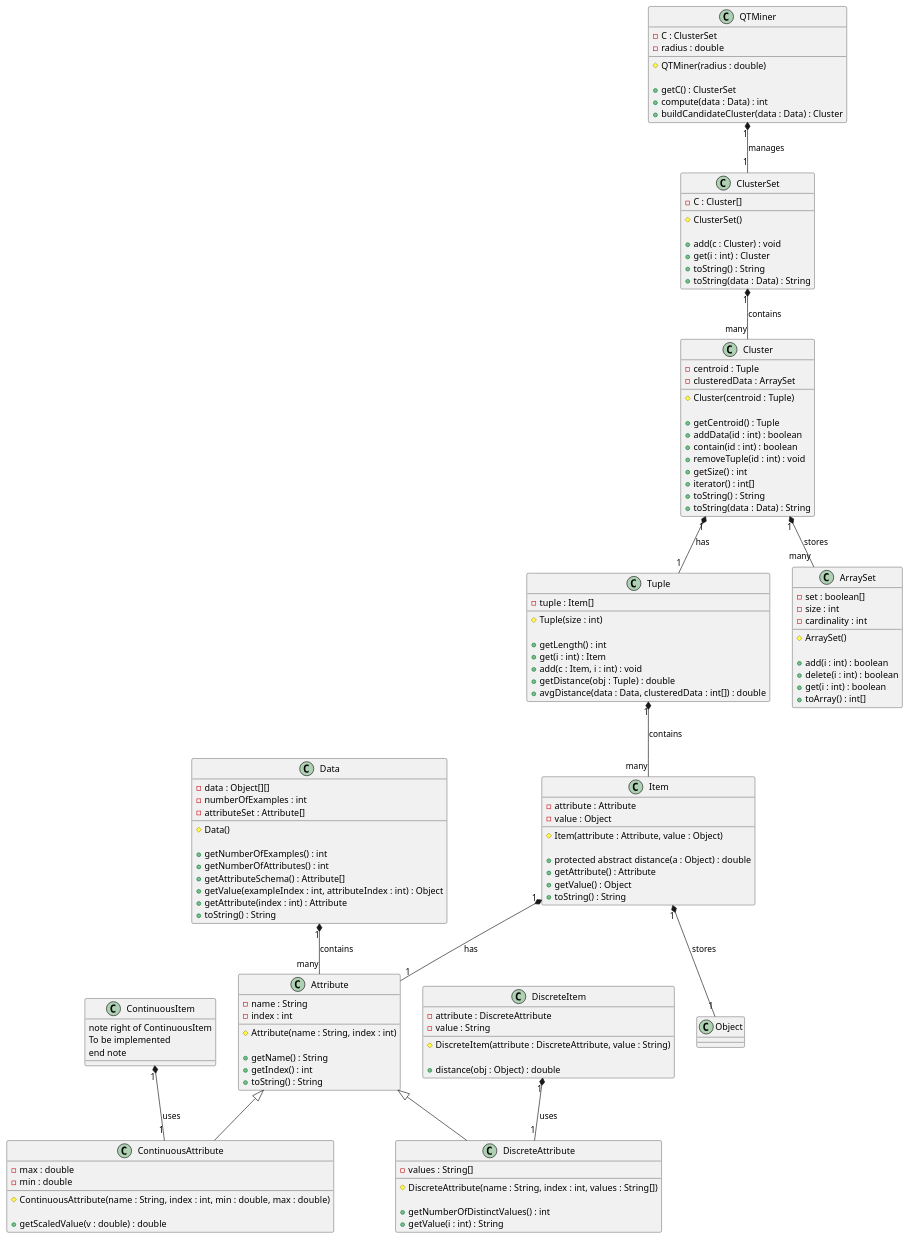
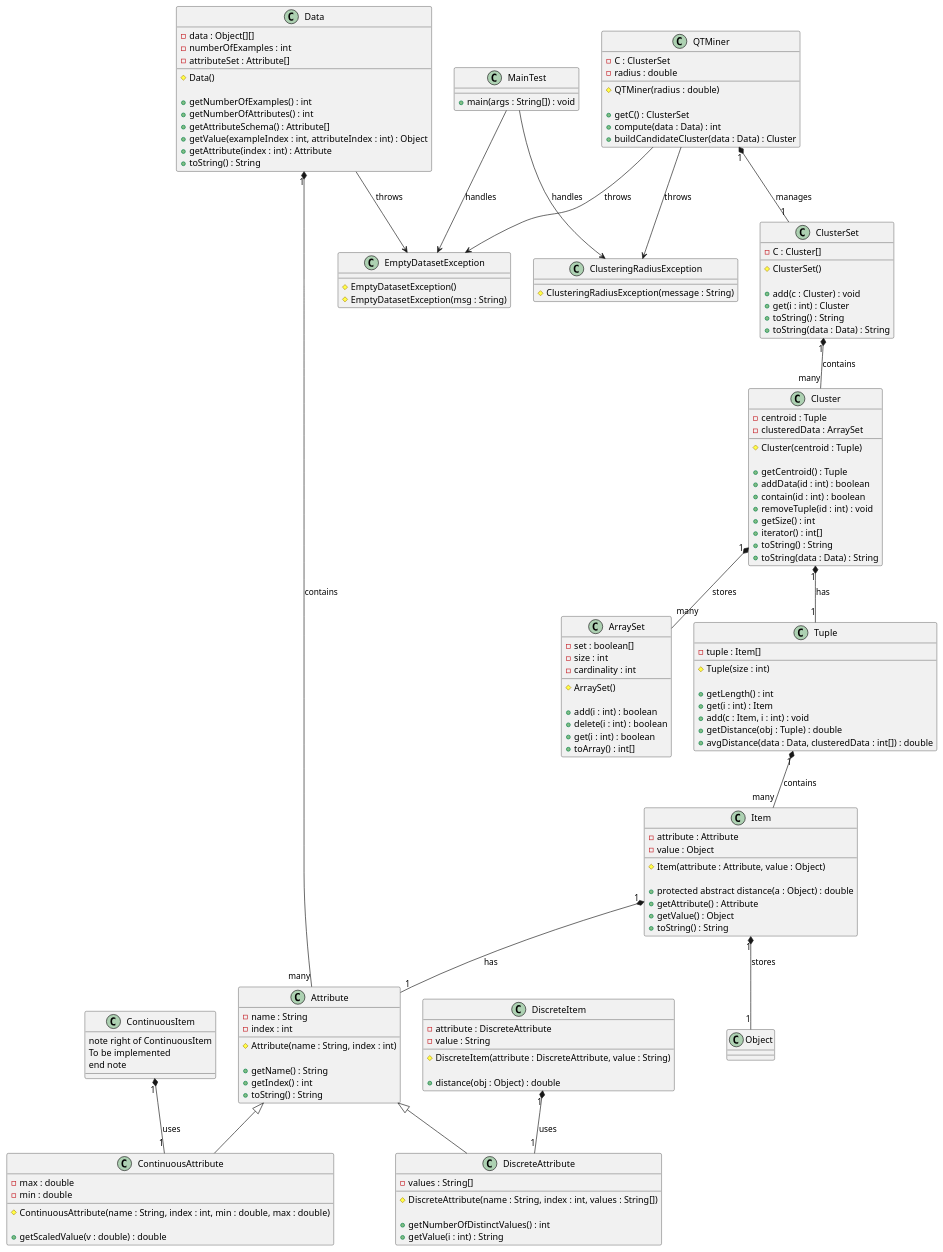
The diagram in UML.md (catalanomircosav/QT), drawn with PlantUML before and after one commit. The commit also changed 2 other files, not shown here.

Commit message:
Aggiornato README.md

```diff
--- a/UML.md
+++ b/UML.md
@@ -134,6 +134,19 @@
   + toArray() : int[]
 }
 
+class ClusteringRadiusException {
+  # ClusteringRadiusException(message : String)
+}
+
+class EmptyDatasetException {
+  # EmptyDatasetException()
+  # EmptyDatasetException(msg : String)
+}
+
+class MainTest {
+  + main(args : String[]) : void
+}
+
 Data "1" *-- "many" Attribute : contains
 DiscreteItem "1" *-- "1" DiscreteAttribute : uses
 Item "1" *-- "1" Attribute : has
@@ -149,4 +162,10 @@
 
 ContinuousItem "1" *-- "1" ContinuousAttribute : uses
 
+Data --> EmptyDatasetException : throws
+QTMiner --> EmptyDatasetException : throws
+QTMiner --> ClusteringRadiusException : throws
+MainTest --> EmptyDatasetException : handles
+MainTest --> ClusteringRadiusException : handles
+
 @enduml
```
